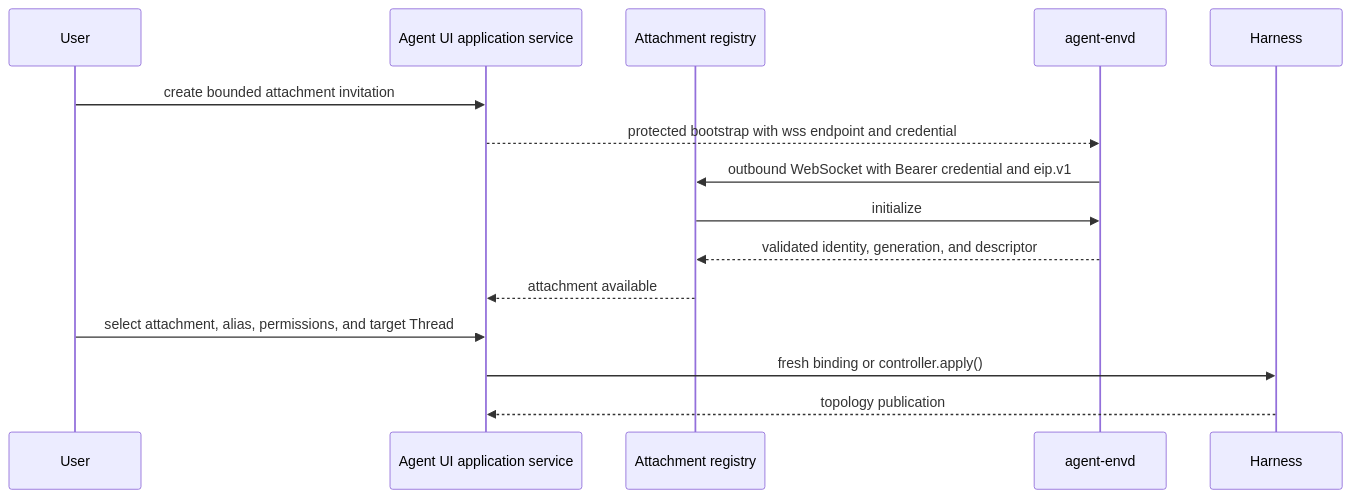
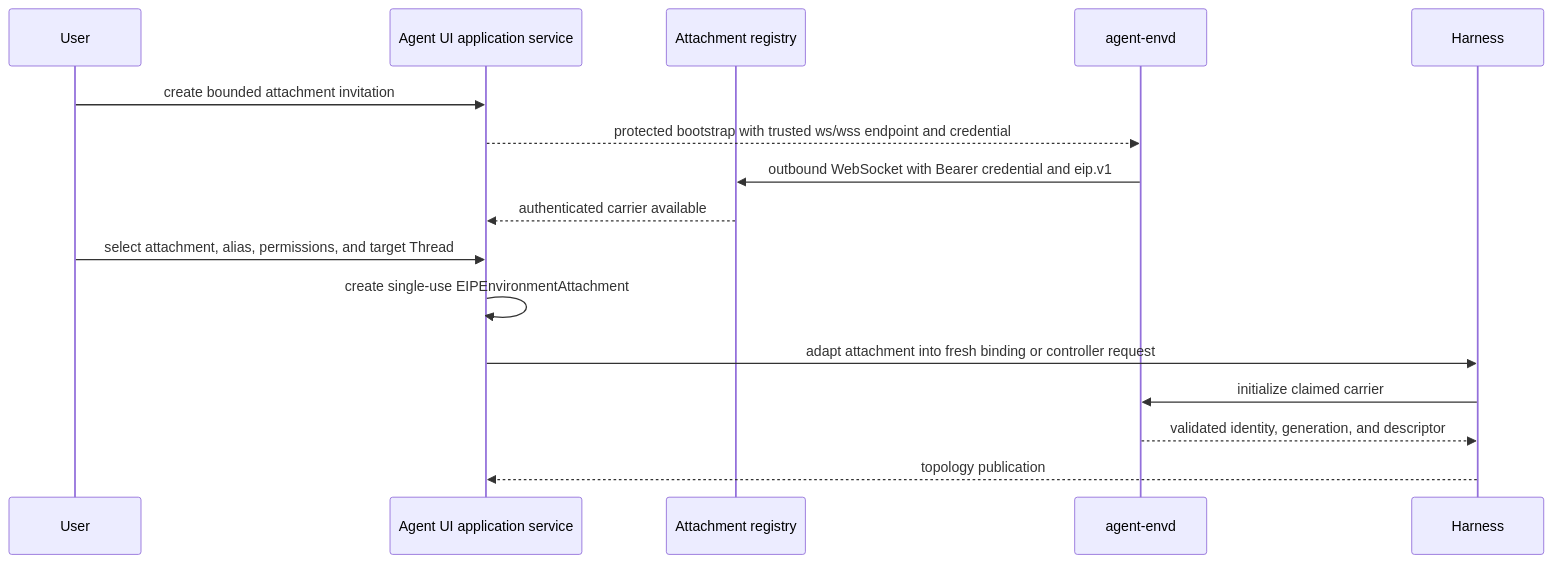
Before and after one commit to LTThreeComma/agent-foundation: the first of 3 diagrams in spec/agent-ui/03-runtime-subagents-and-surfaces.md, drawn with Mermaid. The commit also changed other lines of this file and 86 other files, not shown here.

````diff
--- a/spec/agent-ui/03-runtime-subagents-and-surfaces.md
+++ b/spec/agent-ui/03-runtime-subagents-and-surfaces.md
@@ -46,18 +47,19 @@
 ```mermaid
 sequenceDiagram
     participant User
     participant App as Agent UI application service
     participant Registry as Attachment registry
     participant Envd as agent-envd
     participant Harness
 
     User->>App: create bounded attachment invitation
-    App-->>Envd: protected bootstrap with wss endpoint and credential
+    App-->>Envd: protected bootstrap with trusted ws/wss endpoint and credential
     Envd->>Registry: outbound WebSocket with Bearer credential and eip.v1
-    Registry->>Envd: initialize
-    Envd-->>Registry: validated identity, generation, and descriptor
-    Registry-->>App: attachment available
+    Registry-->>App: authenticated carrier available
     User->>App: select attachment, alias, permissions, and target Thread
-    App->>Harness: fresh binding or controller.apply()
+    App->>App: create single-use EIPEnvironmentAttachment
+    App->>Harness: adapt attachment into fresh binding or controller request
+    Harness->>Envd: initialize claimed carrier
+    Envd-->>Harness: validated identity, generation, and descriptor
     Harness-->>App: topology publication
 ```
````
